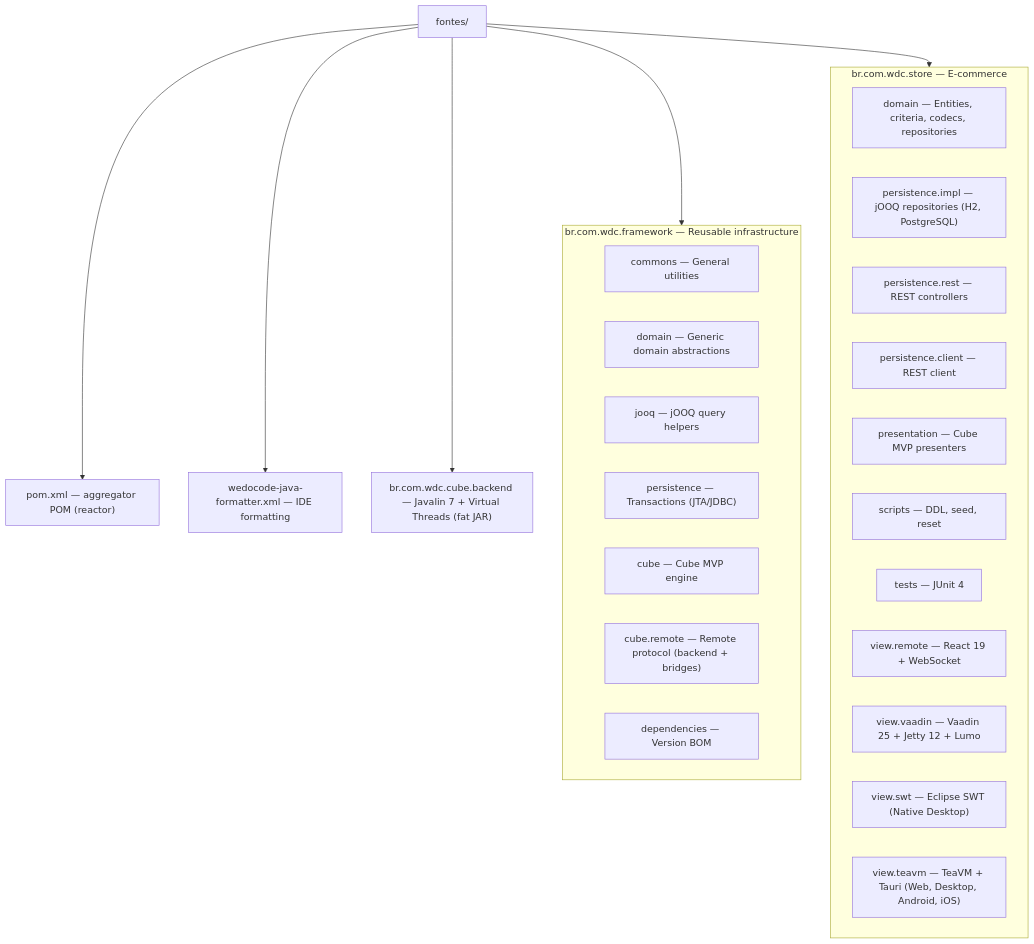
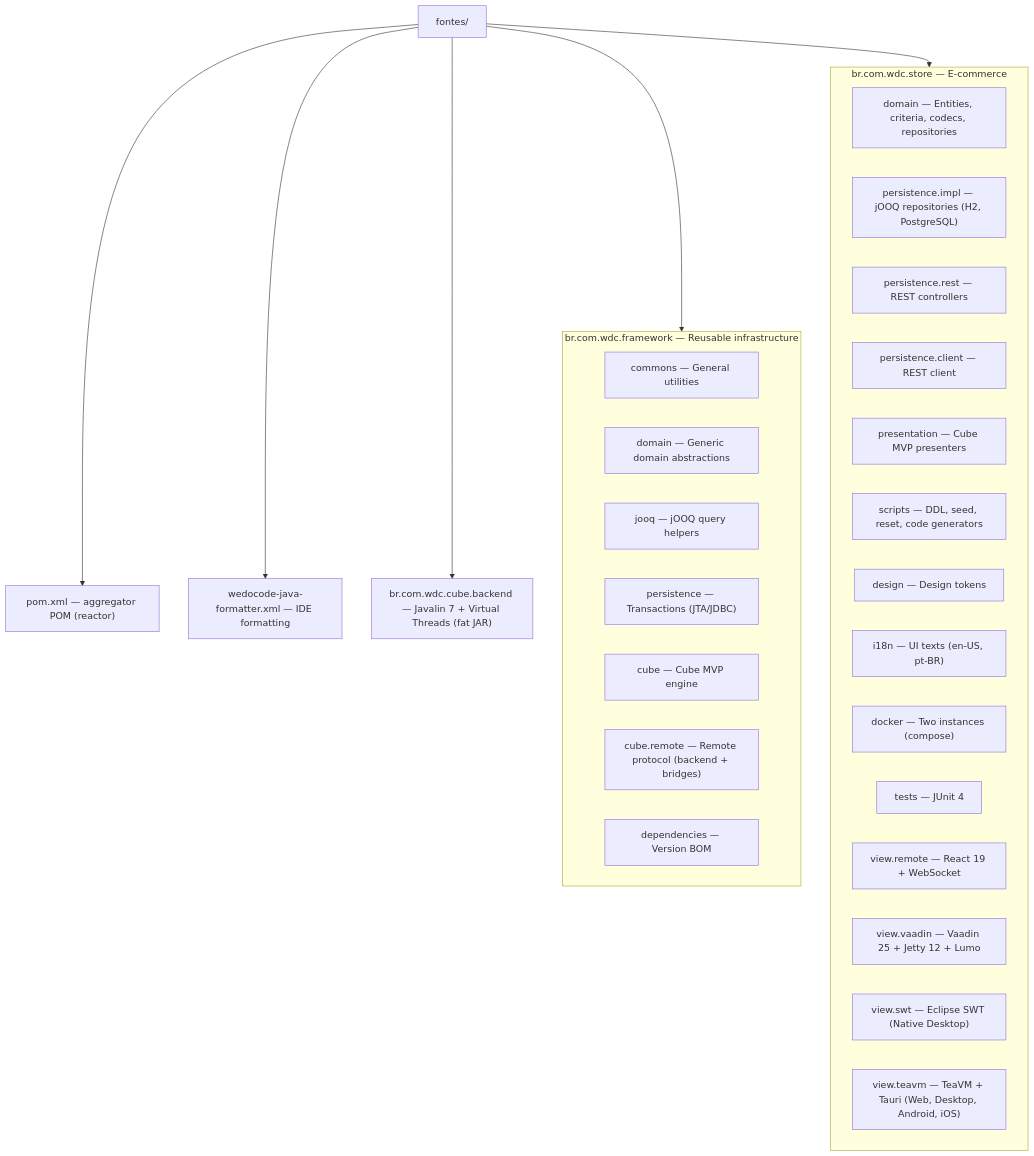
The diagram in fontes/README.md (mrcdom/wdc-cube-java-v2), drawn with Mermaid before and after one commit. The commit also changed other lines of this file and 28 other files, not shown here.

````diff
--- a/fontes/README.md
+++ b/fontes/README.md
@@ -9,36 +9,39 @@
 ```mermaid
 graph TD
     fontes["fontes/"]
     pom["pom.xml — aggregator POM (reactor)"]
     formatter["wedocode-java-formatter.xml — IDE formatting"]
 
     subgraph Framework["br.com.wdc.framework — Reusable infrastructure"]
         fwCommons["commons — General utilities"]
         fwDomain["domain — Generic domain abstractions"]
         fwJooq["jooq — jOOQ query helpers"]
         fwPersistence["persistence — Transactions (JTA/JDBC)"]
         fwCube["cube — Cube MVP engine"]
         fwCubeRemote["cube.remote — Remote protocol (backend + bridges)"]
         fwDeps["dependencies — Version BOM"]
     end
 
     subgraph Store["br.com.wdc.store — E-commerce"]
         domain["domain — Entities, criteria, codecs, repositories"]
         persistence["persistence.impl — jOOQ repositories (H2, PostgreSQL)"]
         persistRest["persistence.rest — REST controllers"]
         persistClient["persistence.client — REST client"]
         presentation["presentation — Cube MVP presenters"]
-        scripts["scripts — DDL, seed, reset"]
+        scripts["scripts — DDL, seed, reset, code generators"]
+        design["design — Design tokens"]
+        i18n["i18n — UI texts (en-US, pt-BR)"]
+        docker["docker — Two instances (compose)"]
         tests["tests — JUnit 4"]
         viewReact["view.remote — React 19 + WebSocket"]
         viewVaadin["view.vaadin — Vaadin 25 + Jetty 12 + Lumo"]
         viewSwt["view.swt — Eclipse SWT (Native Desktop)"]
         viewTeavm["view.teavm — TeaVM + Tauri (Web, Desktop, Android, iOS)"]
     end
 
     fontes --> pom
     fontes --> formatter
     fontes --> Framework
     fontes --> Store
     fontes --> backend["br.com.wdc.cube.backend — Javalin 7 + Virtual Threads (fat JAR)"]
 ```
````
